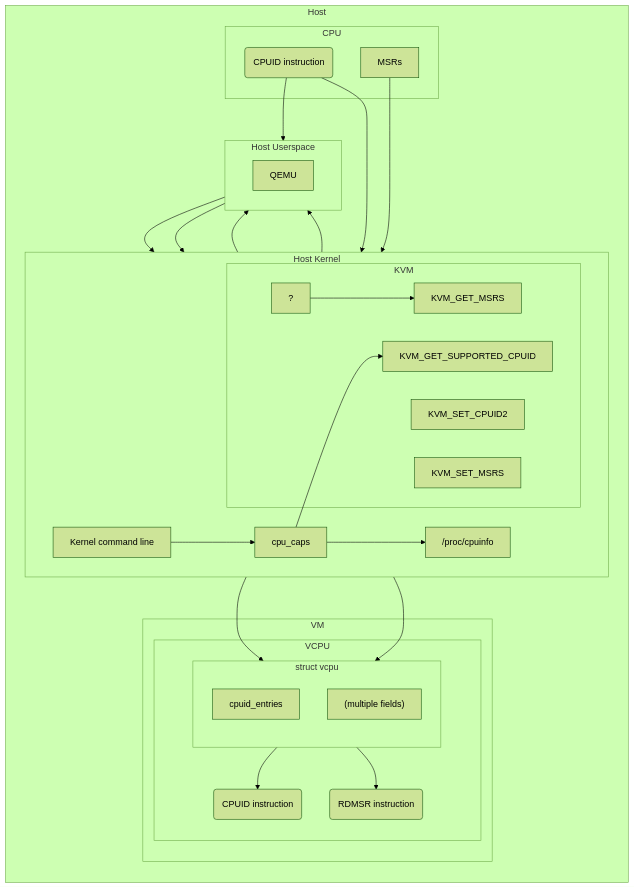
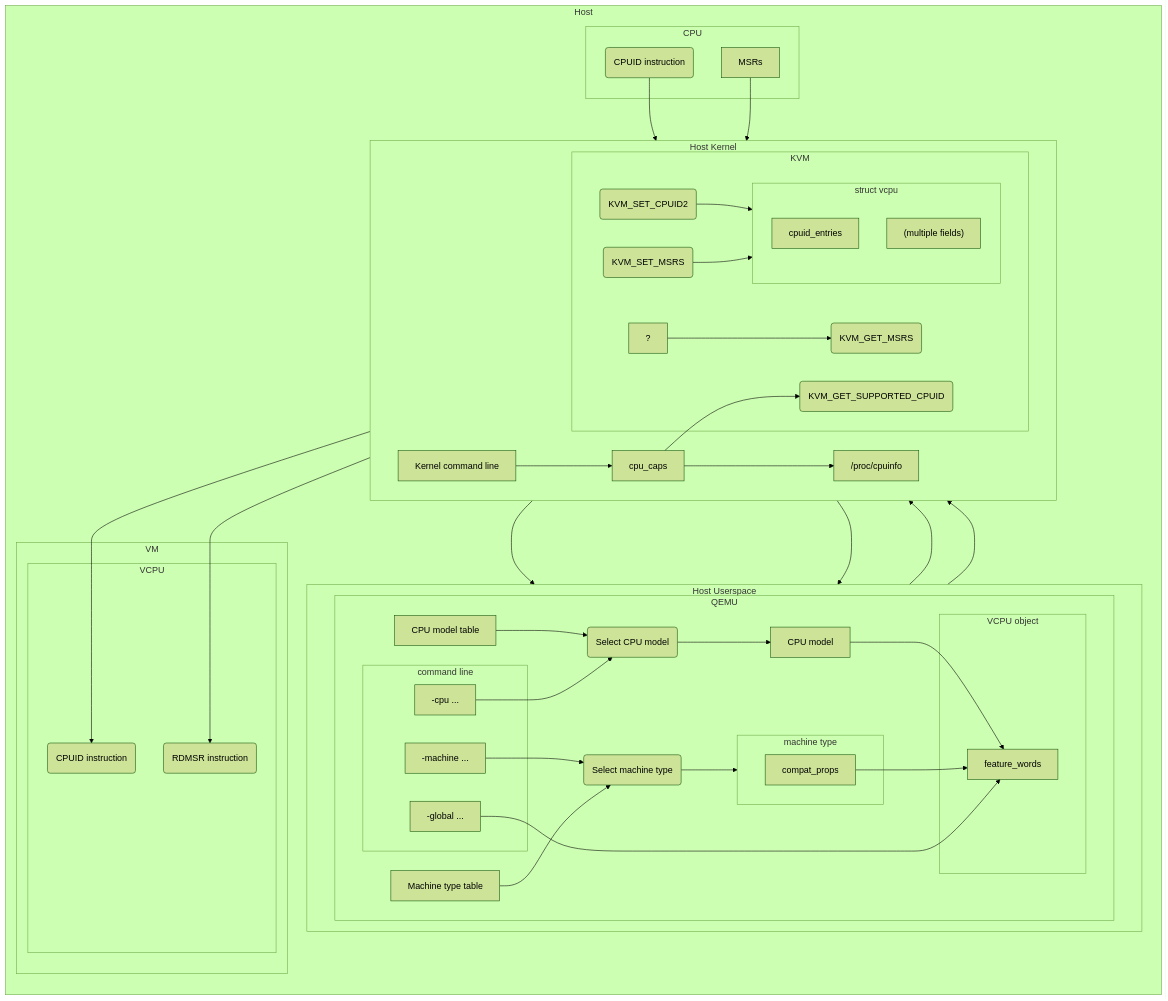
Before and after one commit to ehabkost/habkost.net: the second of 2 diagrams in habkost-net/_drafts/draft-cpuid.markdown, drawn with Mermaid (forest theme).

Commit message:
More detail on how QEMU initializes features

```diff
--- a/habkost-net/_drafts/draft-cpuid.markdown
+++ b/habkost-net/_drafts/draft-cpuid.markdown
@@ -316,32 +316,62 @@
             kernel_cmdline --> cpu_caps
             cpu_caps --> cpuinfo
             subgraph KVM
-                KVM_GET_SUPPORTED_CPUID
-                KVM_GET_MSRS
-                KVM_SET_CPUID2
-                KVM_SET_MSRS
+                KVM_GET_SUPPORTED_CPUID(KVM_GET_SUPPORTED_CPUID)
+                KVM_GET_MSRS(KVM_GET_MSRS)
+                KVM_SET_CPUID2(KVM_SET_CPUID2)
+                KVM_SET_MSRS(KVM_SET_MSRS)
                 ? --> KVM_GET_MSRS
-            end
-            cpu_caps --> KVM_GET_SUPPORTED_CPUID
-        end
-        subgraph Host Userspace
-            direction LR
-
-            qemu["QEMU"]
-            cpuid --> qemu
-            KVM_GET_SUPPORTED_CPUID --> qemu
-            KVM_GET_MSRS --> qemu
-            qemu --> KVM_SET_CPUID2
-            qemu --> KVM_SET_MSRS
-        end
-        subgraph VM
-            subgraph VCPU
                 subgraph vcpu[struct vcpu]
                     direction TB
 
                     vcpu_cpuid_entries[cpuid_entries]
                     msr_fields["(multiple fields)"]
                 end
+            end
+            cpu_caps --> KVM_GET_SUPPORTED_CPUID
+            
+        end
+        subgraph Host Userspace
+            direction LR
+
+            subgraph qemu["QEMU"]
+                subgraph qemucmdline["command line"]
+                    machine_opt["-machine ..."]
+                    cpu_opt["-cpu ..."]
+                    global_opt["-global ..."]
+                end
+                qemu_cpu_model_table["CPU model table"]
+                qemu_cpu_model["CPU model"]
+                subgraph qemucpu["VCPU object"]
+                    feature_words
+                end
+                qemu_machine_type_table["Machine type table"]
+                subgraph machinetype["machine type"]
+                    machine_compat_props["compat_props"]
+                end
+
+                pick_cpu_model("Select CPU model")
+                pick_machine_type("Select machine type")
+
+                qemu_cpu_model_table --> pick_cpu_model
+                cpu_opt --> pick_cpu_model
+                pick_cpu_model --> qemu_cpu_model
+
+                machine_opt --> pick_machine_type
+                qemu_machine_type_table --> pick_machine_type
+                pick_machine_type --> machinetype
+
+                qemu_cpu_model --> feature_words
+                machine_compat_props --> feature_words
+                global_opt --> feature_words
+            end
+            KVM_GET_SUPPORTED_CPUID --> feature_words
+            KVM_GET_MSRS --> feature_words
+            feature_words --> KVM_SET_CPUID2
+            feature_words --> KVM_SET_MSRS
+        end
+        subgraph VM
+            subgraph VCPU
                 vm_cpuid("CPUID instruction")
                 vm_rdmsr("RDMSR instruction")
                 KVM_SET_CPUID2 --> vcpu_cpuid_entries
```
